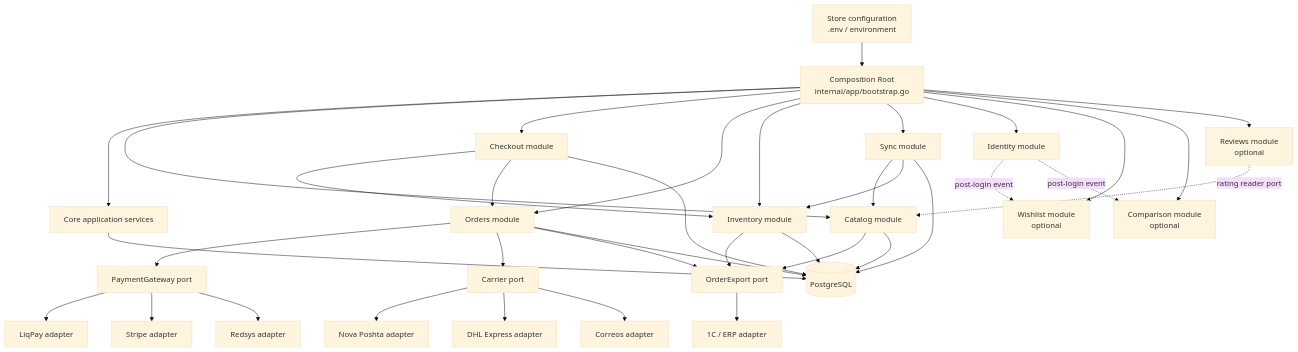
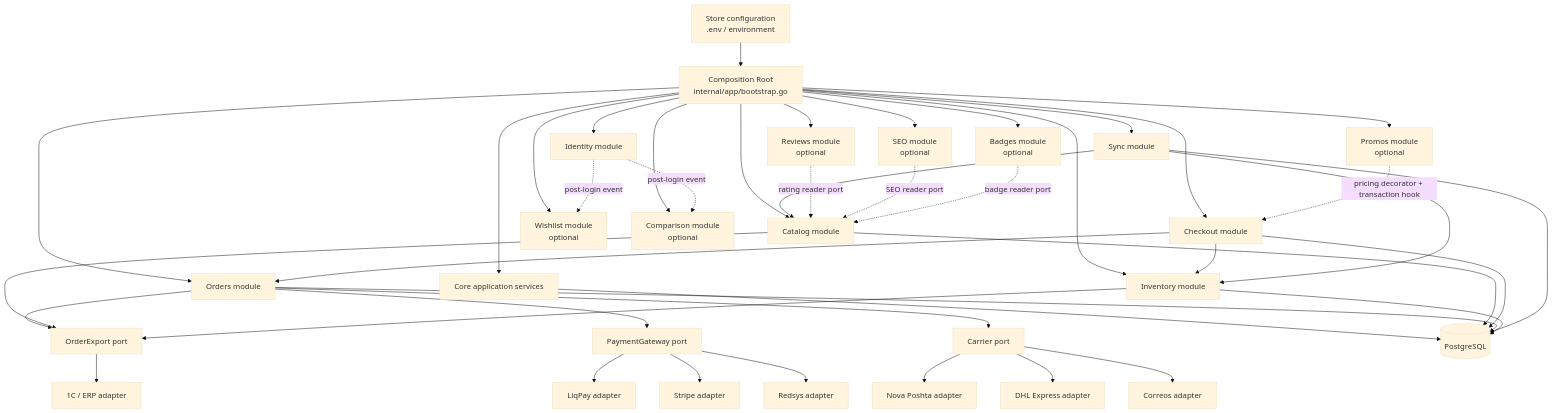
Before and after one commit to VladHrytsaiuk/ecommerce-core: the diagram in ARCHITECTURE.md, drawn with Mermaid (base theme). The commit also changed other lines of this file and 63 other files, not shown here.

````diff
--- a/ARCHITECTURE.md
+++ b/ARCHITECTURE.md
@@ -45,44 +45,50 @@
 ```mermaid
 flowchart TB
     Config[Store configuration\n.env / environment] --> Bootstrap[Composition Root\ninternal/app/bootstrap.go]
 
     Bootstrap --> Core[Core application services]
     Bootstrap --> Catalog[Catalog module]
     Bootstrap --> Checkout[Checkout module]
     Bootstrap --> Orders[Orders module]
     Bootstrap --> Inventory[Inventory module]
     Bootstrap --> Sync[Sync module]
     Bootstrap --> Identity[Identity module]
     Bootstrap --> Wishlist[Wishlist module\noptional]
     Bootstrap --> Comparison[Comparison module\noptional]
     Bootstrap --> Reviews[Reviews module\noptional]
+    Bootstrap --> SEO[SEO module\noptional]
+    Bootstrap --> Badges[Badges module\noptional]
+    Bootstrap --> Promos[Promos module\noptional]
 
     Checkout --> Inventory
     Checkout --> Orders
     Orders --> PaymentsPort[PaymentGateway port]
     Orders --> DeliveryPort[Carrier port]
     Orders --> SyncPort[OrderExport port]
 
     Catalog --> SyncPort
     Inventory --> SyncPort
     Sync --> Catalog
     Sync --> Inventory
     Identity -. post-login event .-> Wishlist
     Identity -. post-login event .-> Comparison
     Reviews -. rating reader port .-> Catalog
+    SEO -. SEO reader port .-> Catalog
+    Badges -. badge reader port .-> Catalog
+    Promos -. pricing decorator + transaction hook .-> Checkout
 
     PaymentsPort --> LiqPay[LiqPay adapter]
     PaymentsPort --> Stripe[Stripe adapter]
     PaymentsPort --> Redsys[Redsys adapter]
     DeliveryPort --> Nova[Nova Poshta adapter]
     DeliveryPort --> DHL[DHL Express adapter]
     DeliveryPort --> Correos[Correos adapter]
     SyncPort --> OneC[1C / ERP adapter]
 
     Core --> DB[(PostgreSQL)]
     Catalog --> DB
     Checkout --> DB
     Orders --> DB
     Inventory --> DB
     Sync --> DB
 ```
````
